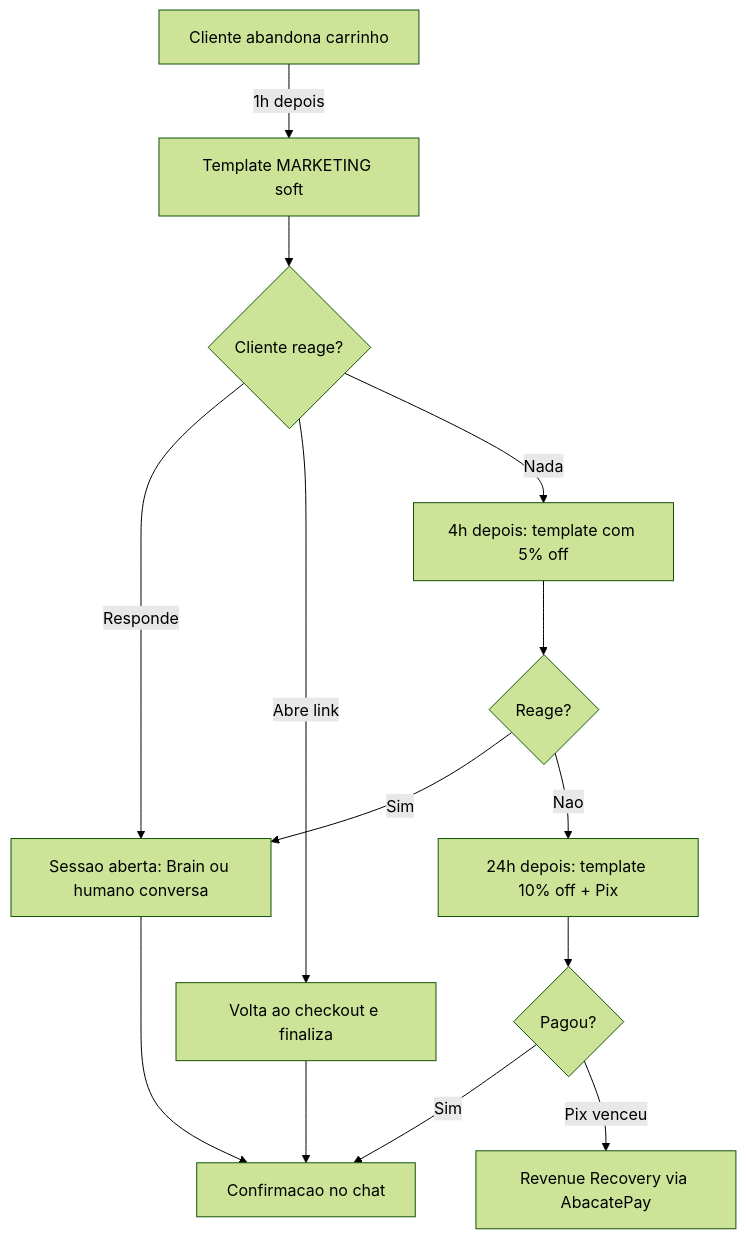
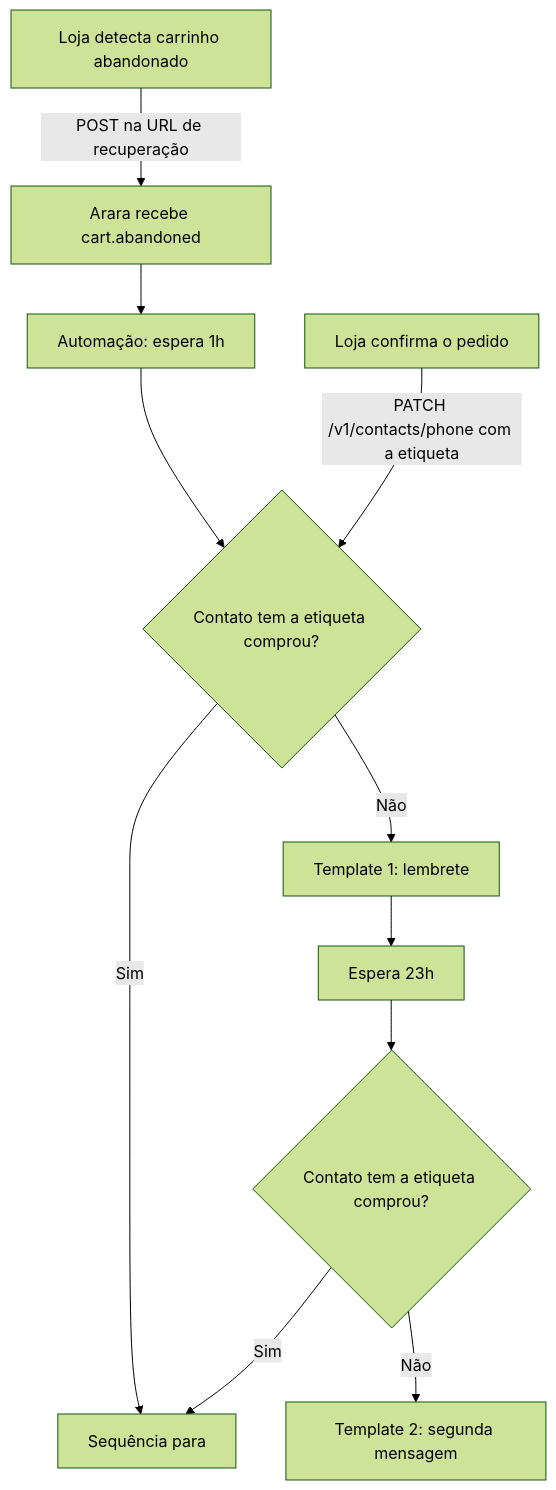
The diagram in recipes/abandoned-cart.mdx (ararahq/docs), drawn with Mermaid (forest theme) before and after one commit. The commit also changed other lines of this file and 35 other files, not shown here.

````diff
--- a/recipes/abandoned-cart.mdx
+++ b/recipes/abandoned-cart.mdx
@@ -13,16 +13,13 @@
 ```mermaid
 flowchart TD
-    A["Cliente abandona carrinho"] -->|1h depois| B["Template MARKETING soft"]
-    B --> C{"Cliente reage?"}
-    C -->|Responde| D["Sessao aberta: Brain ou humano conversa"]
-    C -->|Abre link| E["Volta ao checkout e finaliza"]
-    C -->|Nada| F["4h depois: template com 5% off"]
-    F --> G{"Reage?"}
-    G -->|Sim| D
-    G -->|Nao| H["24h depois: template 10% off + Pix"]
-    H --> I{"Pagou?"}
-    I -->|Sim| J["Confirmacao no chat"]
-    I -->|Pix venceu| K["Revenue Recovery via AbacatePay"]
-    D --> J
-    E --> J
+    A["Loja detecta carrinho abandonado"] -->|POST na URL de recuperação| B["Arara recebe cart.abandoned"]
+    B --> C["Automação: espera 1h"]
+    C --> D{"Contato tem a etiqueta comprou?"}
+    D -->|Sim| X["Sequência para"]
+    D -->|Não| E["Template 1: lembrete"]
+    E --> F["Espera 23h"]
+    F --> G{"Contato tem a etiqueta comprou?"}
+    G -->|Sim| X
+    G -->|Não| H["Template 2: segunda mensagem"]
+    I["Loja confirma o pedido"] -->|PATCH /v1/contacts/phone com a etiqueta| D
 ```
````
